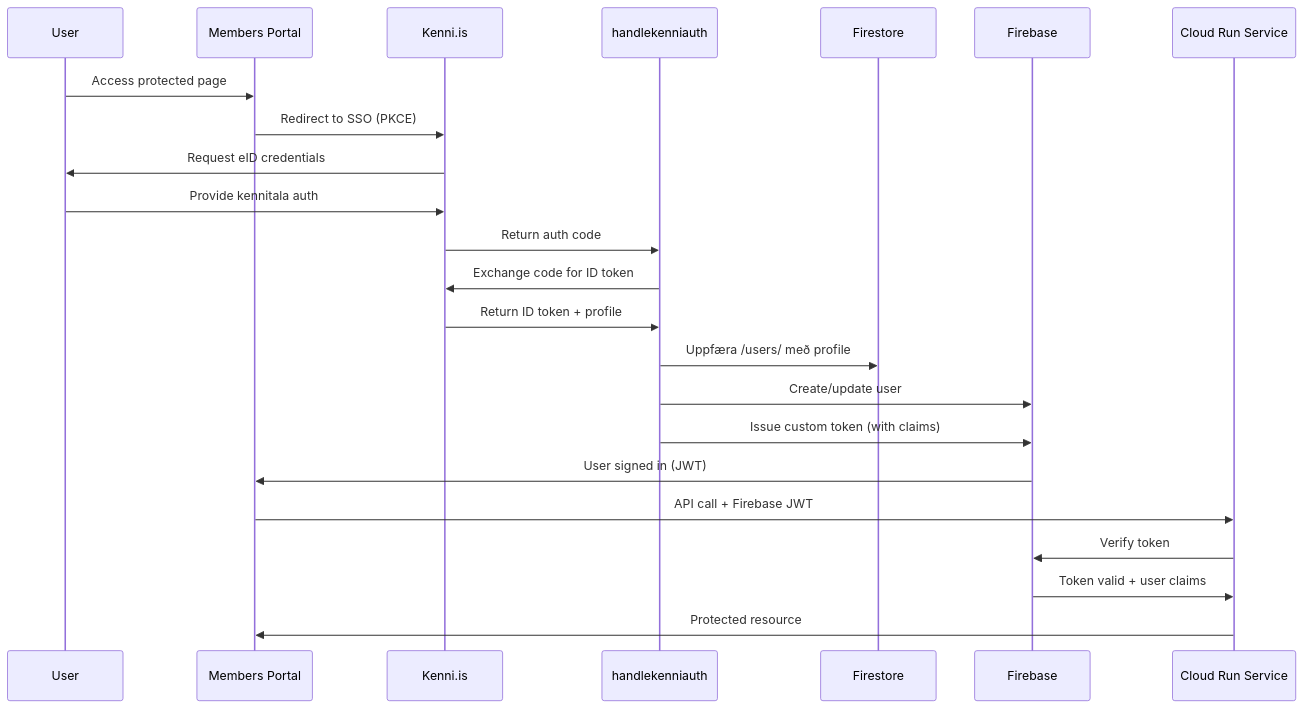
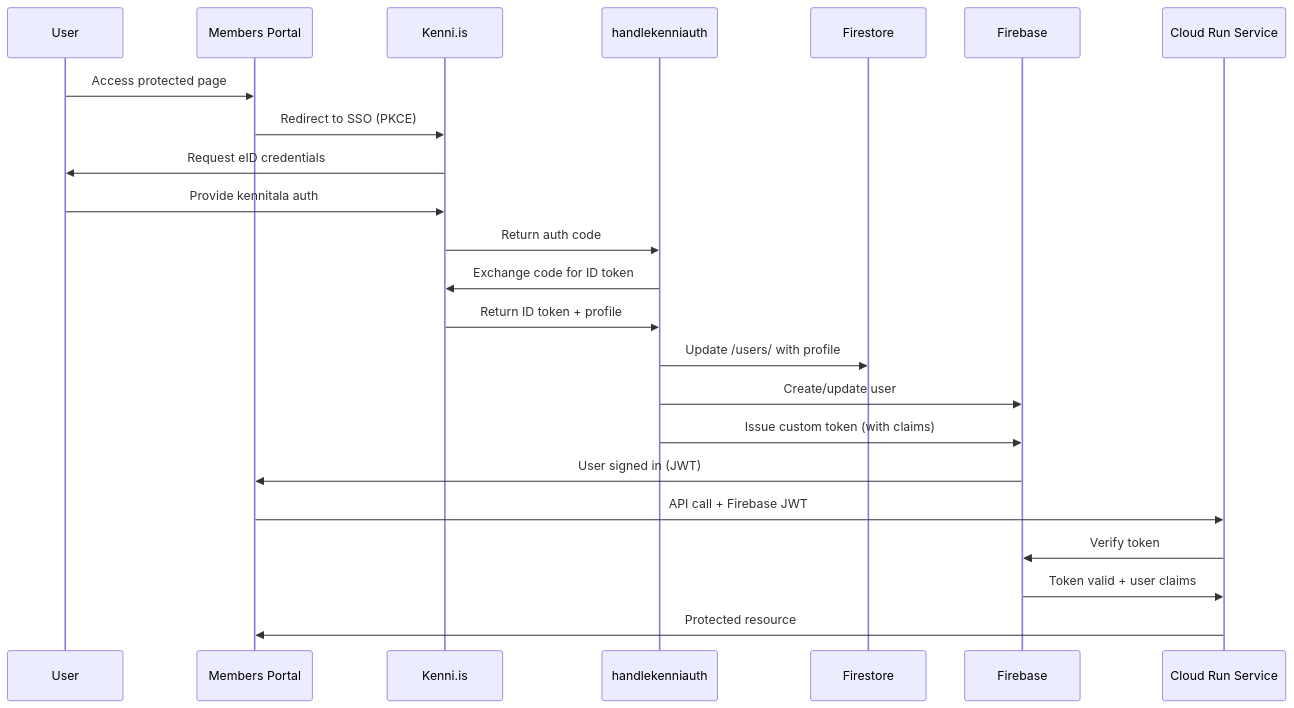
Before and after one commit to sosialistaflokkurinn/ekklesia: the fourth of 4 diagrams in docs/infrastructure/CLOUD_RUN_SERVICES.md, drawn with Mermaid. The commit also changed other lines of this file and 29 other files, not shown here.

````diff
--- a/docs/infrastructure/CLOUD_RUN_SERVICES.md
+++ b/docs/infrastructure/CLOUD_RUN_SERVICES.md
@@ -120,26 +206,26 @@
 ```mermaid
 sequenceDiagram
     participant User
     participant Portal as Members Portal
     participant Kenni as Kenni.is
     participant HandleAuth as handlekenniauth
     participant Firestore
     participant Firebase
     participant Service as Cloud Run Service
 
     User->>Portal: Access protected page
     Portal->>Kenni: Redirect to SSO (PKCE)
     Kenni->>User: Request eID credentials
     User->>Kenni: Provide kennitala auth
     Kenni->>HandleAuth: Return auth code
     HandleAuth->>Kenni: Exchange code for ID token
     Kenni->>HandleAuth: Return ID token + profile
-    HandleAuth->>Firestore: Uppfæra /users/ með profile
+    HandleAuth->>Firestore: Update /users/ with profile
     HandleAuth->>Firebase: Create/update user
     HandleAuth->>Firebase: Issue custom token (with claims)
     Firebase->>Portal: User signed in (JWT)
     Portal->>Service: API call + Firebase JWT
     Service->>Firebase: Verify token
     Firebase->>Service: Token valid + user claims
     Service->>Portal: Protected resource
 ```
````
